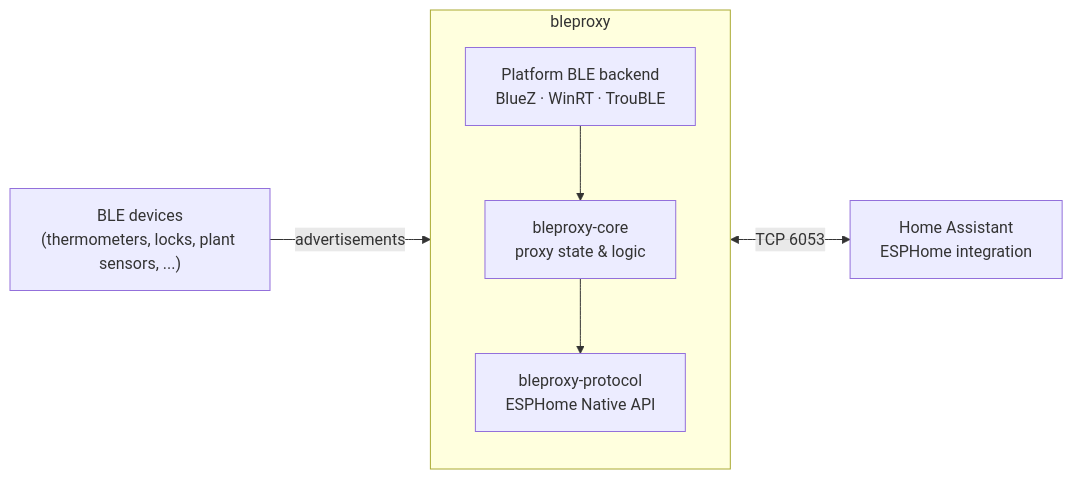
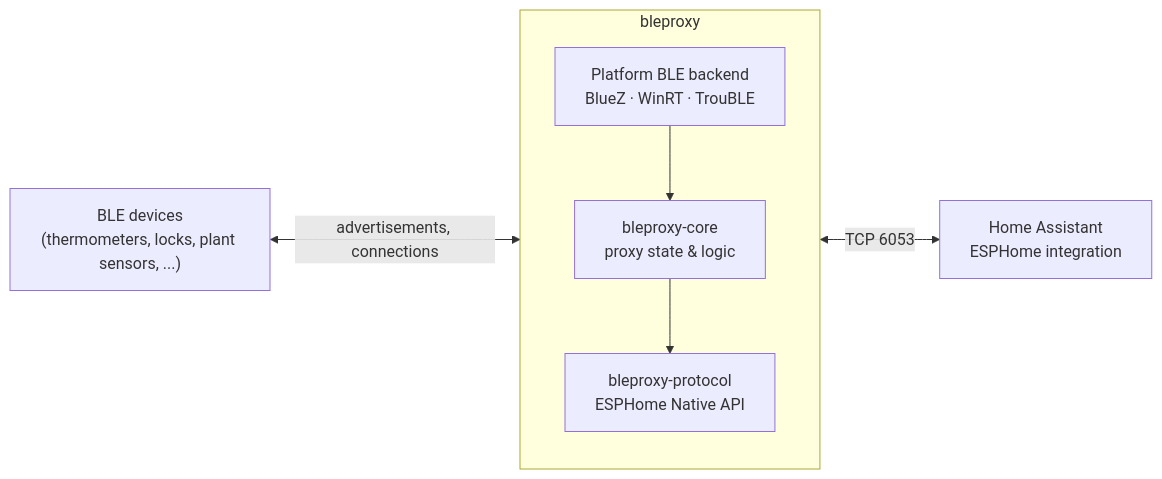
Before and after one commit to fiam/bleproxy: the diagram in README.md, drawn with Mermaid. The commit also changed other lines of this file and 2 other files, not shown here.

First line of the commit message:
docs: document active connections

````diff
--- a/README.md
+++ b/README.md
@@ -42,14 +42,14 @@
 ```mermaid
 flowchart LR
     sensors["BLE devices<br/>(thermometers, locks, plant sensors, ...)"]
     subgraph proxy["bleproxy"]
         direction TB
         radio["Platform BLE backend<br/>BlueZ · WinRT · TrouBLE"]
         core["bleproxy-core<br/>proxy state & logic"]
         api["bleproxy-protocol<br/>ESPHome Native API"]
         radio --> core --> api
     end
     ha["Home Assistant<br/>ESPHome integration"]
-    sensors -- advertisements --> radio
+    sensors <-- "advertisements, connections" --> radio
     api <-->|"TCP 6053"| ha
 ```
````
